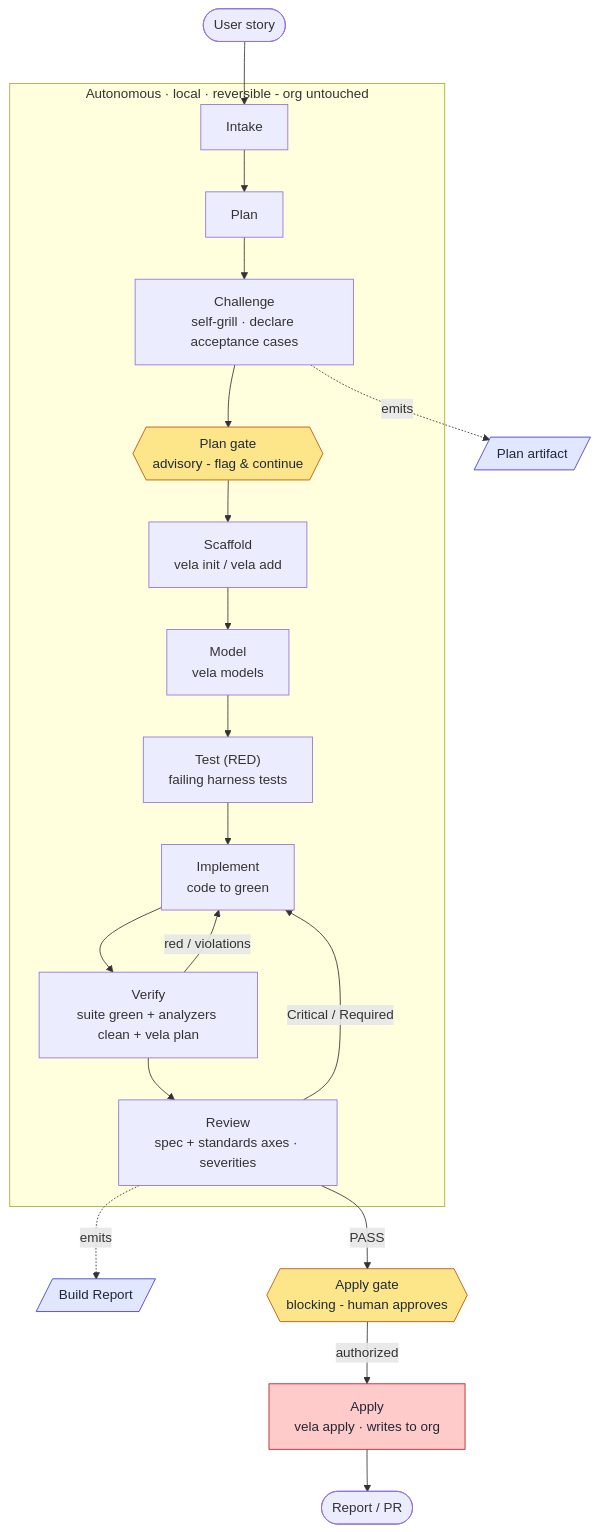
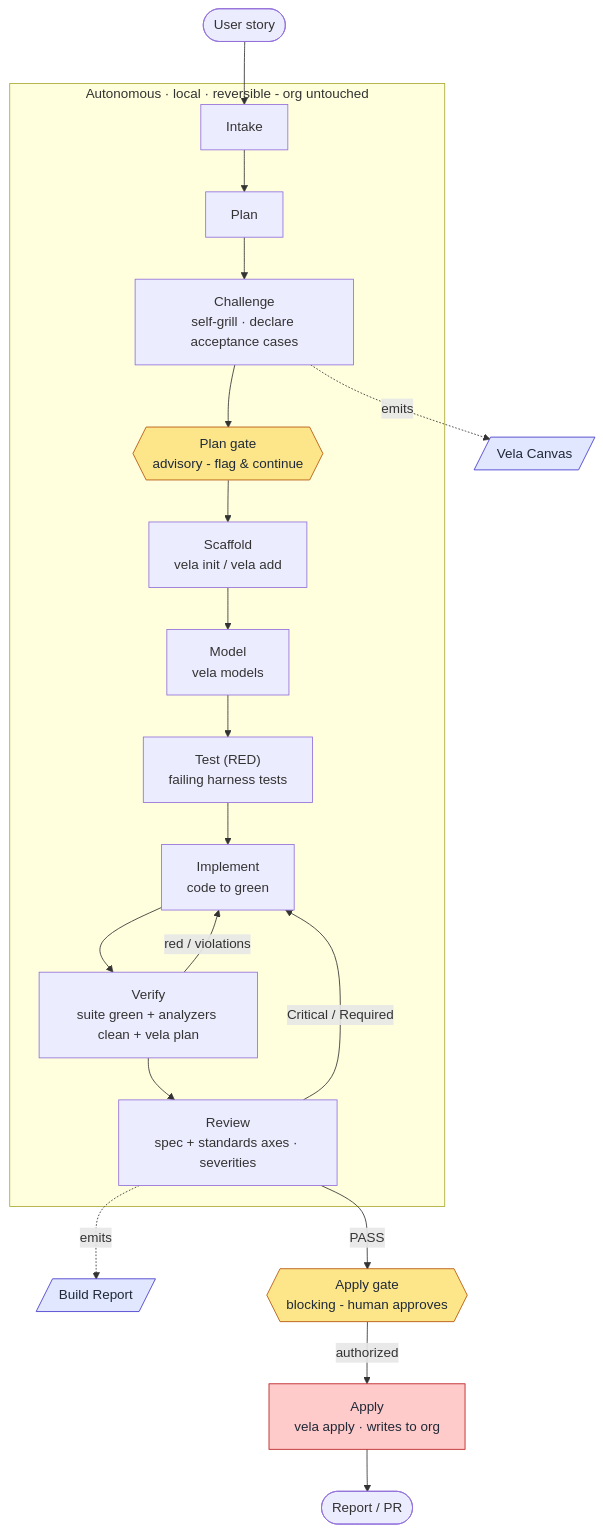
Before and after one commit to allandecastro/vela-agentic: the diagram in README.md, drawn with Mermaid. The commit also changed other lines of this file and 23 other files, not shown here.

First line of the commit message:
docs: one name for the plan artifact - the Vela Canvas

````diff
--- a/README.md
+++ b/README.md
@@ -54,40 +54,40 @@
 ```mermaid
 flowchart TD
     US([User story]) --> I[Intake]
     I --> P[Plan]
     P --> C["Challenge<br/>self-grill · declare acceptance cases"]
-    C -. emits .-> PA[/"Plan artifact"/]
+    C -. emits .-> PA[/"Vela Canvas"/]
     C --> G1{{"Plan gate<br/>advisory - flag &amp; continue"}}
     G1 --> S["Scaffold<br/>vela init / vela add"]
     S --> M["Model<br/>vela models"]
     M --> T["Test (RED)<br/>failing harness tests"]
     T --> IM["Implement<br/>code to green"]
     IM --> V["Verify<br/>suite green + analyzers clean + vela plan"]
     V -->|red / violations| IM
     V --> RV["Review<br/>spec + standards axes · severities"]
     RV -->|Critical / Required| IM
     RV -. emits .-> BR[/"Build Report"/]
     RV -->|PASS| G2{{"Apply gate<br/>blocking - human approves"}}
     G2 -->|authorized| AP["Apply<br/>vela apply · writes to org"]
     AP --> R([Report / PR])
 
     subgraph LOCAL ["Autonomous · local · reversible - org untouched"]
         I
         P
         C
         G1
         S
         M
         T
         IM
         V
         RV
     end
 
     classDef gate fill:#fde68a,stroke:#b45309,color:#1f2937;
     classDef org fill:#fecaca,stroke:#b91c1c,color:#1f2937;
     classDef art fill:#e0e7ff,stroke:#4338ca,color:#1f2937;
     class G1,G2 gate
     class AP org
     class PA,BR art
 ```
````
